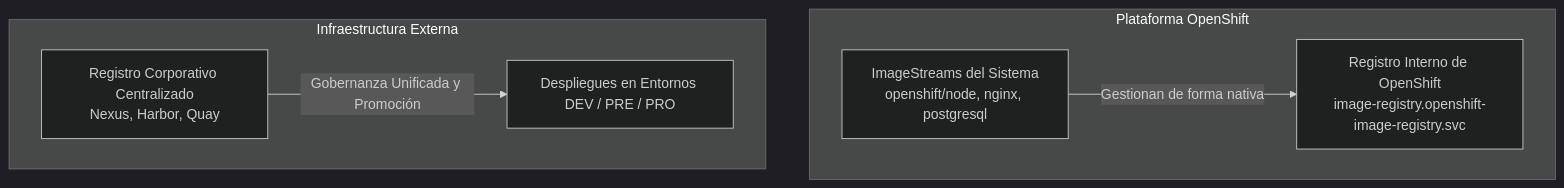
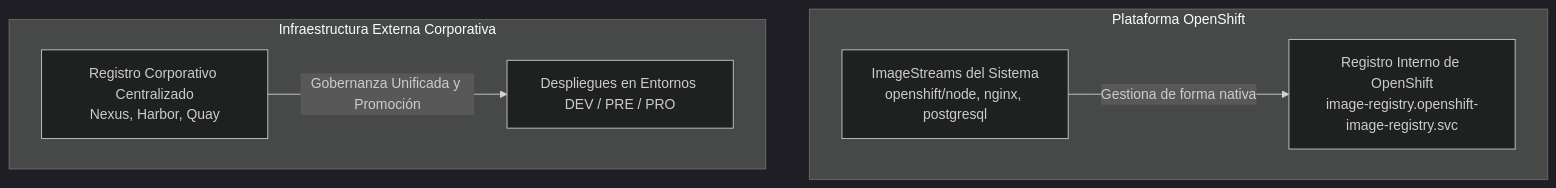
One commit to ieftraining/curso-openshift changed the first of 6 diagrams in docs/sesion4/4.4 Registro, gestión y seguridad de imágenes.md. Above: the diagram before and after it, drawn with Mermaid (dark theme). The commit also changed other lines of this file, not shown here.

````diff
--- a/docs/sesion4/4.4 Registro, gestión y seguridad de imágenes.md
+++ b/docs/sesion4/4.4 Registro, gestión y seguridad de imágenes.md
@@ -19,10 +19,10 @@
 ```mermaid
 flowchart TD
     subgraph Plataforma OpenShift
-        A[ImageStreams del Sistema<br>openshift/node, nginx, postgresql] -->|Gestionan de forma nativa| B[Registro Interno de OpenShift<br>image-registry.openshift-image-registry.svc]
+        A[ImageStreams del Sistema<br>openshift/node, nginx, postgresql] -->|Gestiona de forma nativa| B[Registro Interno de OpenShift<br>image-registry.openshift-image-registry.svc]
     end
 
-    subgraph Infraestructura Externa
+    subgraph Infraestructura Externa Corporativa
         C[Registro Corporativo Centralizado<br>Nexus, Harbor, Quay] -->|Gobernanza Unificada y Promoción| D[Despliegues en Entornos DEV / PRE / PRO]
     end
 ```
````
